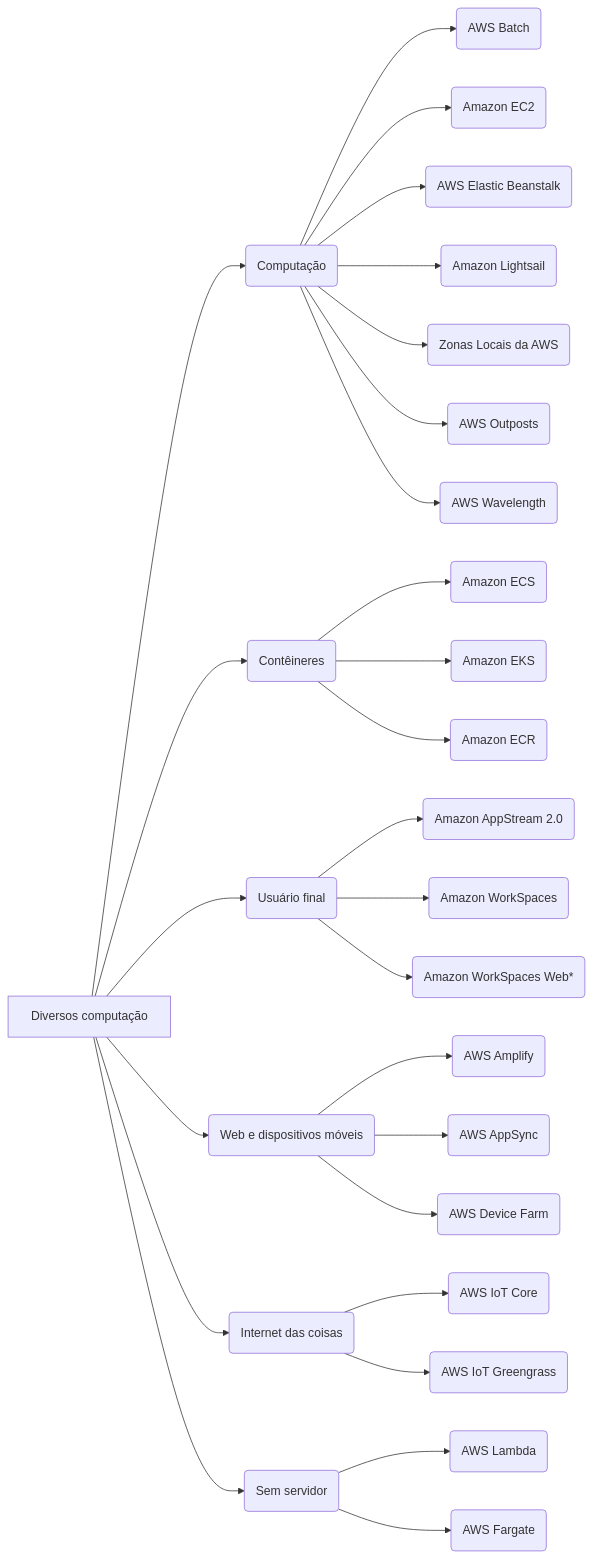
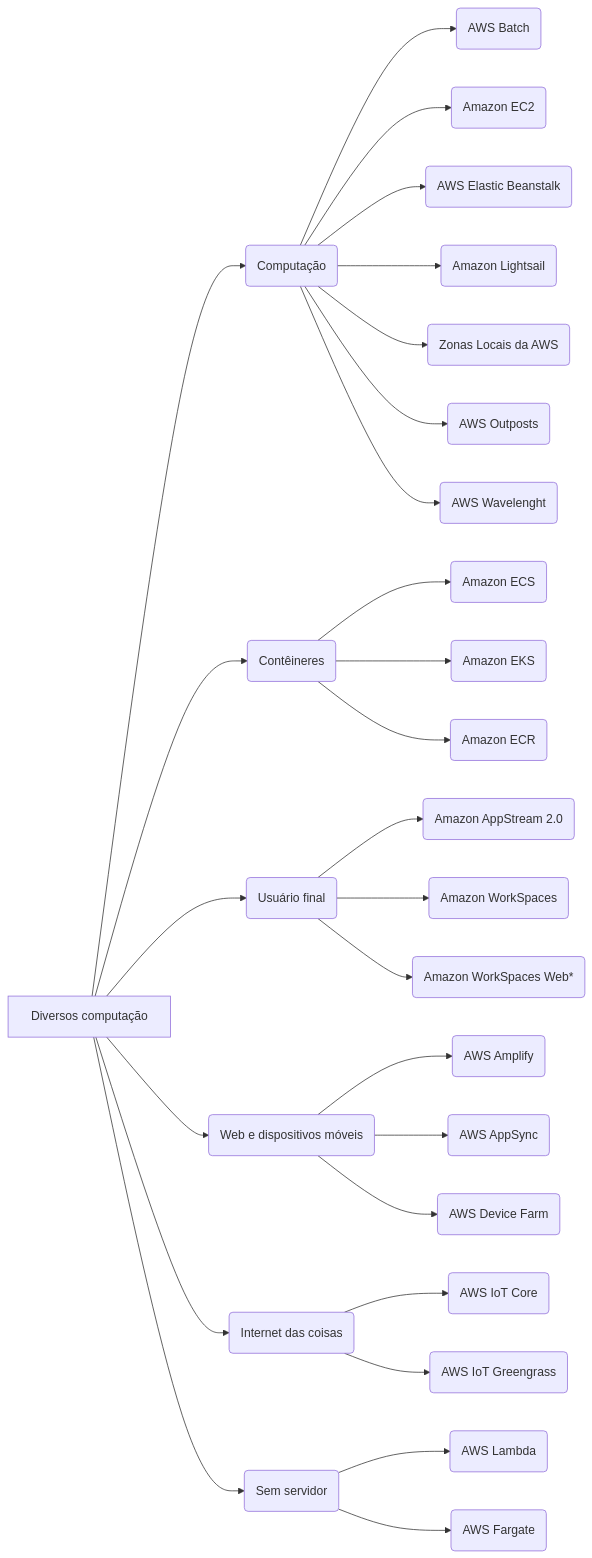
Before and after one commit to millena84/aws-cfl-c02-pt-br: the diagram in README.md, drawn with Mermaid. The commit also changed other lines of this file, not shown here.

````diff
--- a/README.md
+++ b/README.md
@@ -10,34 +28,34 @@
 ```mermaid
 graph LR
 01[Diversos computação] --> 001(Computação) --> 0001(AWS Batch)
 001 --> 0002(Amazon EC2)
 001 --> 0003(AWS Elastic Beanstalk)
 001 --> 0004(Amazon Lightsail)
 001 --> 0005(Zonas Locais da AWS)
 001 --> 0006(AWS Outposts)
-001 --> 0007(AWS Wavelength)
+001 --> 0007(AWS Wavelenght)
 
 01 --> 002(Contêineres)
 002 --> 0008(Amazon ECS)
 002 --> 0009(Amazon EKS)
 002 --> 0010(Amazon ECR)
 
 01 --> 003(Usuário final)
 003 --> 0011(Amazon AppStream 2.0)
 003 --> 0012(Amazon WorkSpaces)
 003 --> 0013(Amazon WorkSpaces Web*)
 
 01 --> 004(Web e dispositivos móveis)
 004 --> 0014(AWS Amplify)
 004 --> 0015(AWS AppSync)
 004 --> 0016(AWS Device Farm)
 
 01 --> 005(Internet das coisas)
 005 --> 0017(AWS IoT Core)
 005 --> 0018(AWS IoT Greengrass)
 
 01 --> 006(Sem servidor)
 006 --> 0019(AWS Lambda)
 006 --> 0020(AWS Fargate)
 
 ```
````
